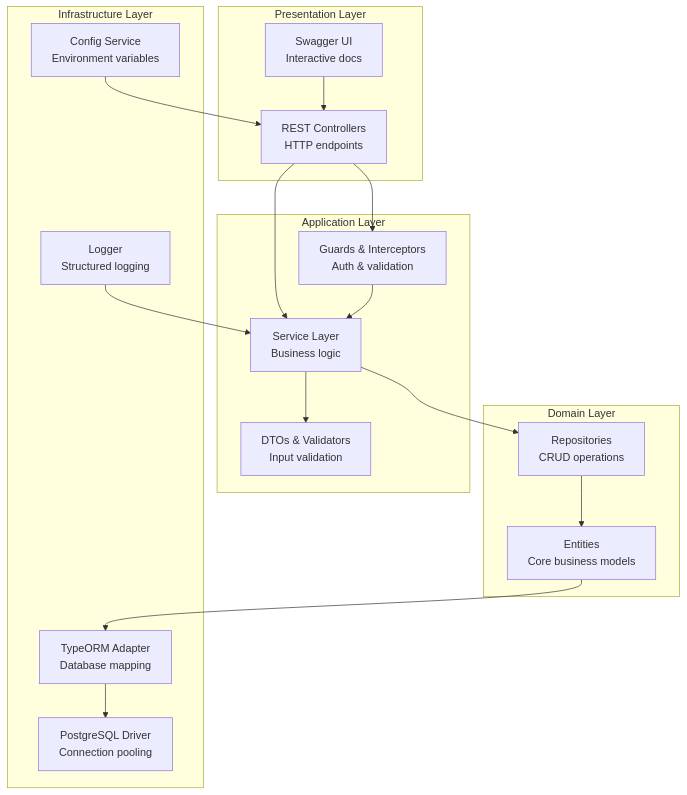
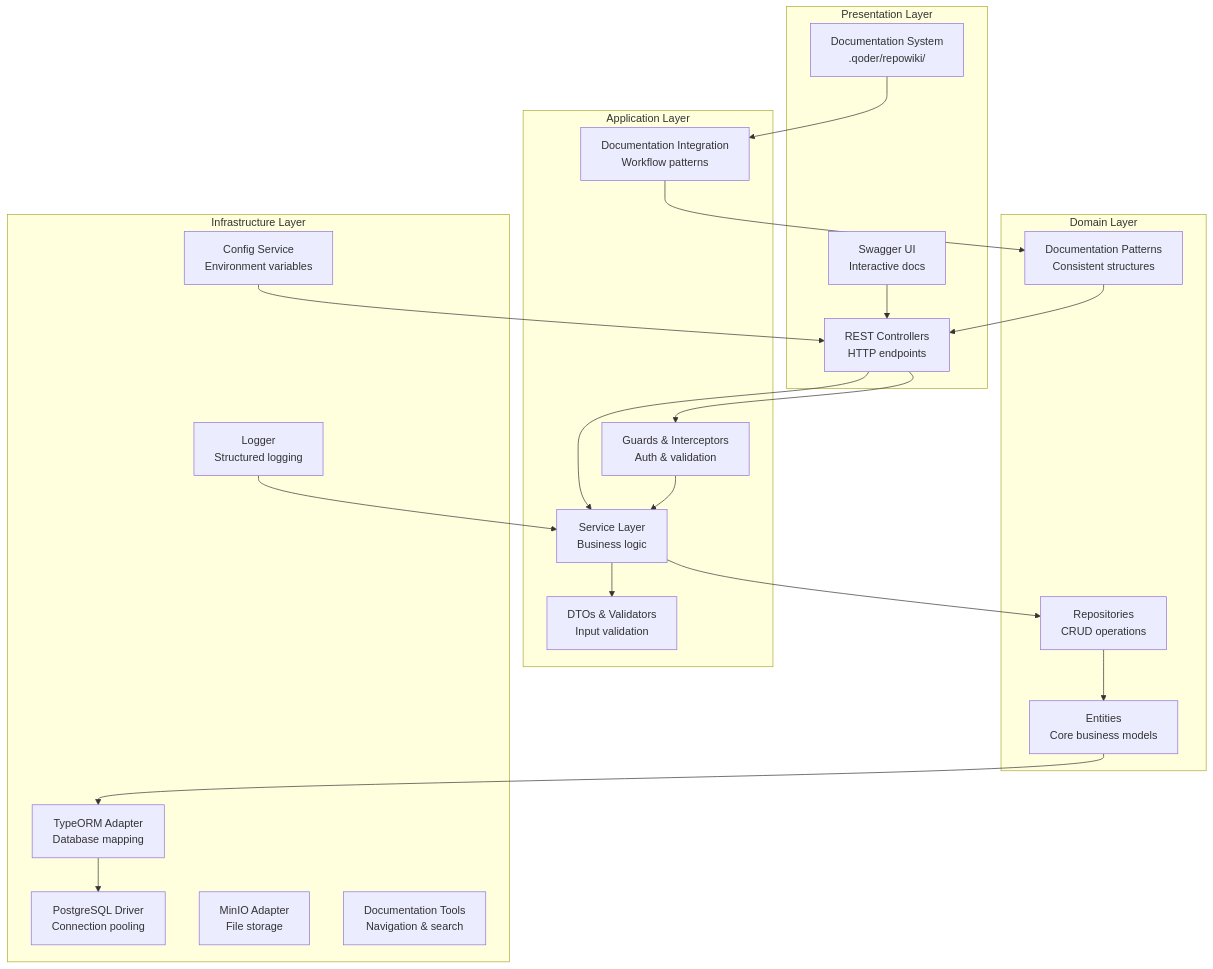
One commit to macintoshUserchg/nest_js_gym_backend_current changed the third of 6 diagrams in .qoder/repowiki/en/content/Project Overview/Project Overview.md. Above: the diagram before and after it, drawn with Mermaid. The commit also changed other lines of this file and 53 other files, not shown here.

````diff
--- a/.qoder/repowiki/en/content/Project Overview/Project Overview.md
+++ b/.qoder/repowiki/en/content/Project Overview/Project Overview.md
@@ -163,33 +292,41 @@
 ```mermaid
 graph TB
 subgraph "Presentation Layer"
 Controllers["REST Controllers<br/>HTTP endpoints"]
 SwaggerUI["Swagger UI<br/>Interactive docs"]
+Documentation["Documentation System<br/>.qoder/repowiki/"]
 end
 subgraph "Application Layer"
 Services["Service Layer<br/>Business logic"]
 Guards["Guards & Interceptors<br/>Auth & validation"]
 DTOs["DTOs & Validators<br/>Input validation"]
+DocumentationIntegration["Documentation Integration<br/>Workflow patterns"]
 end
 subgraph "Domain Layer"
 Entities["Entities<br/>Core business models"]
 Repositories["Repositories<br/>CRUD operations"]
+DocumentationPatterns["Documentation Patterns<br/>Consistent structures"]
 end
 subgraph "Infrastructure Layer"
 TypeORMAdapter["TypeORM Adapter<br/>Database mapping"]
 PGClient["PostgreSQL Driver<br/>Connection pooling"]
+MinIOAdapter["MinIO Adapter<br/>File storage"]
 ConfigService["Config Service<br/>Environment variables"]
 Logger["Logger<br/>Structured logging"]
+DocumentationTools["Documentation Tools<br/>Navigation & search"]
 end
 Controllers --> Services
 Services --> DTOs
 Services --> Repositories
 Repositories --> Entities
 Entities --> TypeORMAdapter
 TypeORMAdapter --> PGClient
 Controllers --> Guards
 Guards --> Services
 SwaggerUI --> Controllers
+Documentation --> DocumentationIntegration
+DocumentationIntegration --> DocumentationPatterns
+DocumentationPatterns --> Controllers
 ConfigService --> Controllers
 Logger --> Services
 ```
````
